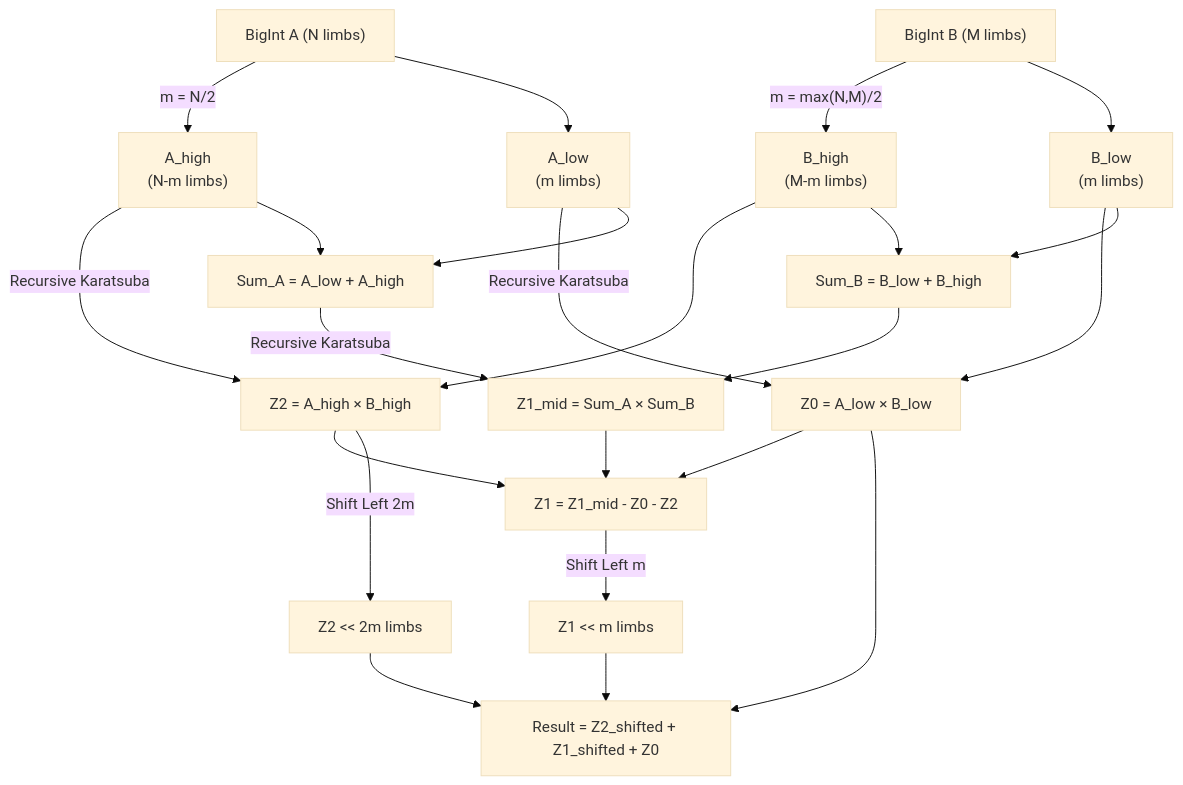
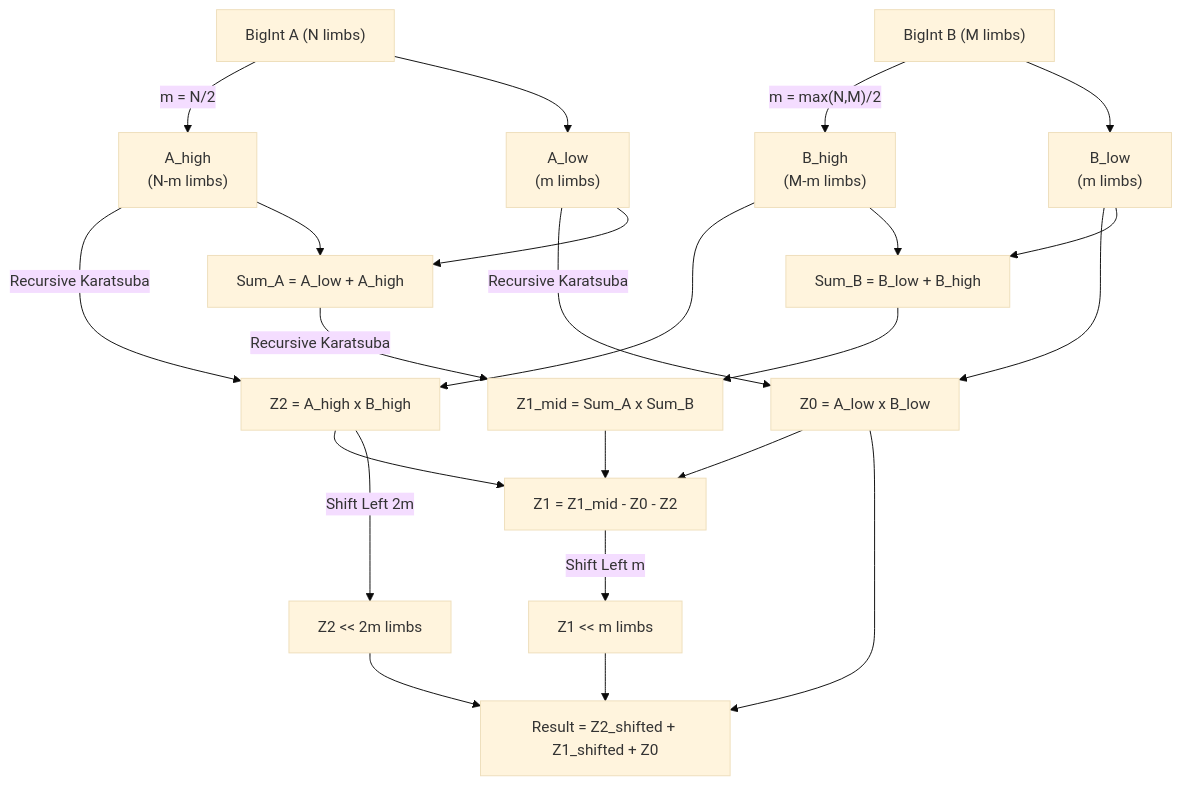
Before and after one commit to juleshenry/intersekt: the second of 2 diagrams in README.md, drawn with Mermaid (base theme). The commit also changed other lines of this file and 1 other file, not shown here.

````diff
--- a/README.md
+++ b/README.md
@@ -117,33 +117,33 @@
 ```mermaid
 flowchart TD
     A["BigInt A (N limbs)"] --> |"m = N/2"| A_high["A_high<br>(N-m limbs)"]
     A --> A_low["A_low<br>(m limbs)"]
     
     B["BigInt B (M limbs)"] --> |"m = max(N,M)/2"| B_high["B_high<br>(M-m limbs)"]
     B --> B_low["B_low<br>(m limbs)"]
 
-    A_low --> |"Recursive Karatsuba"| Z0["Z0 = A_low × B_low"]
+    A_low --> |"Recursive Karatsuba"| Z0["Z0 = A_low x B_low"]
     B_low --> Z0
     
-    A_high --> |"Recursive Karatsuba"| Z2["Z2 = A_high × B_high"]
+    A_high --> |"Recursive Karatsuba"| Z2["Z2 = A_high x B_high"]
     B_high --> Z2
     
     A_low --> SumA["Sum_A = A_low + A_high"]
     A_high --> SumA
     B_low --> SumB["Sum_B = B_low + B_high"]
     B_high --> SumB
     
-    SumA --> |"Recursive Karatsuba"| Z1_mid["Z1_mid = Sum_A × Sum_B"]
+    SumA --> |"Recursive Karatsuba"| Z1_mid["Z1_mid = Sum_A x Sum_B"]
     SumB --> Z1_mid
     
     Z1_mid --> Z1["Z1 = Z1_mid - Z0 - Z2"]
     Z0 --> Z1
     Z2 --> Z1
     
     Z2 --> |"Shift Left 2m"| Z2_shifted["Z2 << 2m limbs"]
     Z1 --> |"Shift Left m"| Z1_shifted["Z1 << m limbs"]
     
     Z2_shifted --> Result["Result = Z2_shifted + Z1_shifted + Z0"]
     Z1_shifted --> Result
     Z0 --> Result
 ```
````
